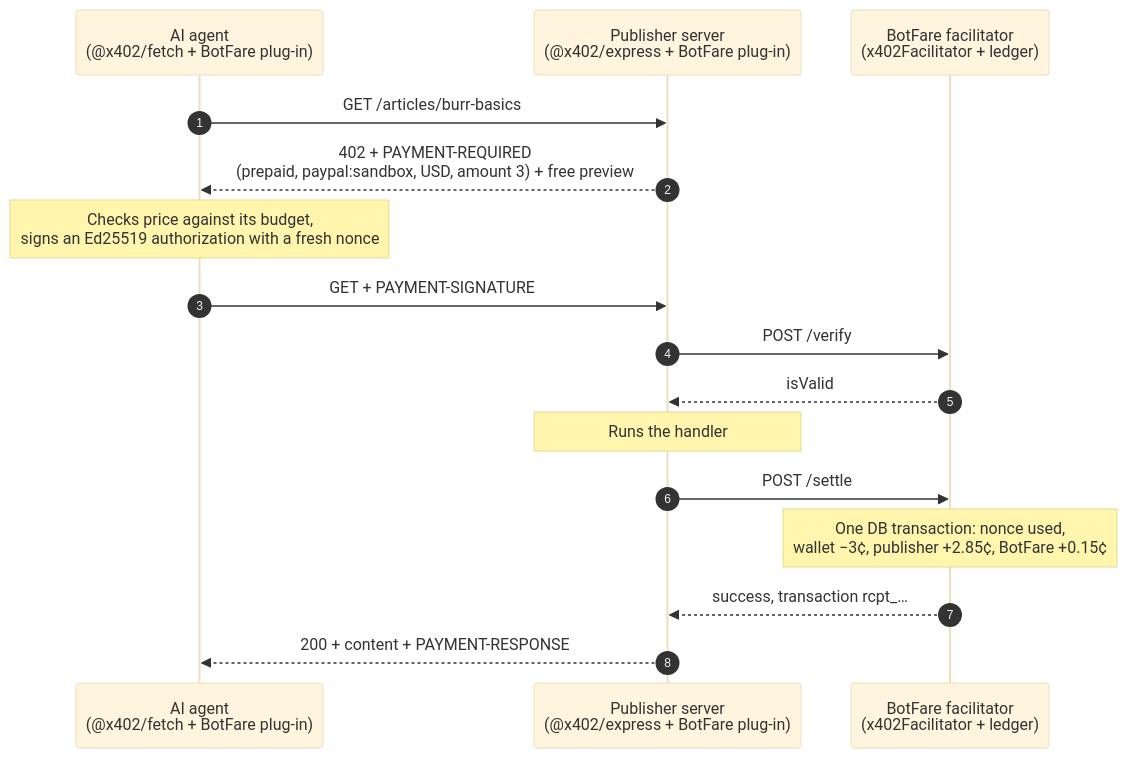
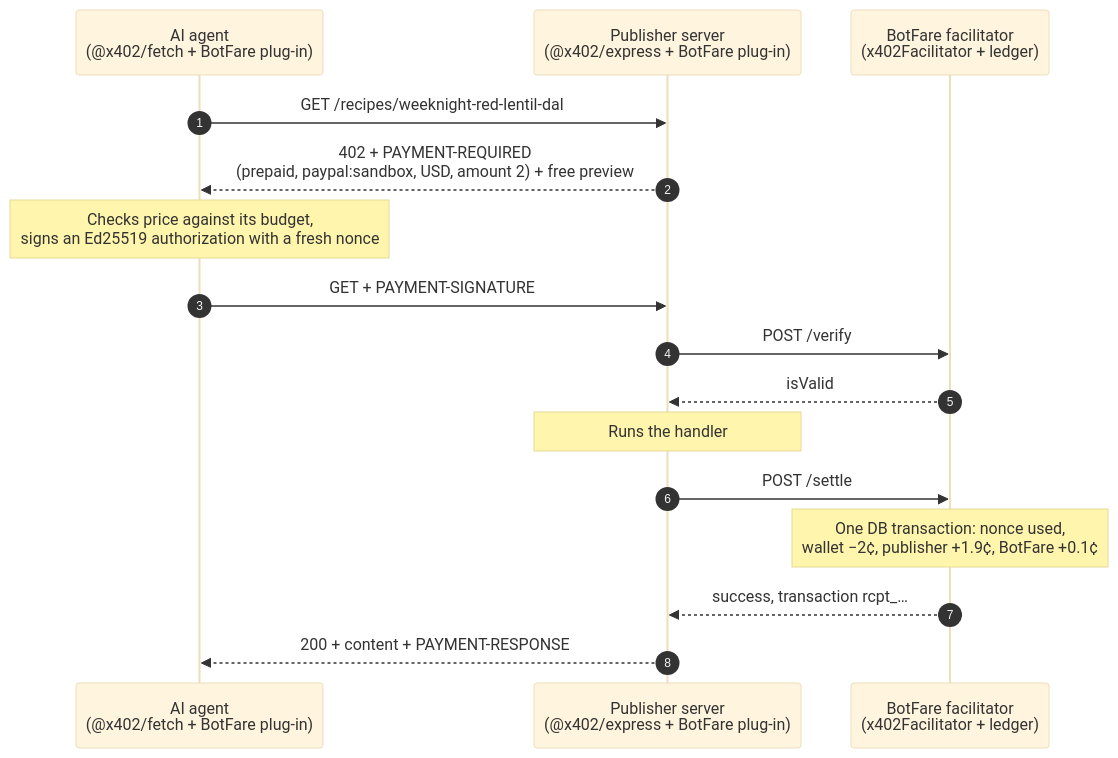
Before and after one commit to Sajjad21990/botfare: the first of 2 diagrams in README.md, drawn with Mermaid (base theme). The commit also changed other lines of this file and 84 other files, not shown here.

````diff
--- a/README.md
+++ b/README.md
@@ -74,18 +74,18 @@
 ```mermaid
 sequenceDiagram
     autonumber
     participant A as AI agent<br/>(@x402/fetch + BotFare plug-in)
     participant P as Publisher server<br/>(@x402/express + BotFare plug-in)
     participant F as BotFare facilitator<br/>(x402Facilitator + ledger)
-    A->>P: GET /articles/burr-basics
-    P-->>A: 402 + PAYMENT-REQUIRED<br/>(prepaid, paypal:sandbox, USD, amount 3) + free preview
+    A->>P: GET /recipes/weeknight-red-lentil-dal
+    P-->>A: 402 + PAYMENT-REQUIRED<br/>(prepaid, paypal:sandbox, USD, amount 2) + free preview
     Note over A: Checks price against its budget,<br/>signs an Ed25519 authorization with a fresh nonce
     A->>P: GET + PAYMENT-SIGNATURE
     P->>F: POST /verify
     F-->>P: isValid
     Note over P: Runs the handler
     P->>F: POST /settle
-    Note over F: One DB transaction: nonce used,<br/>wallet −3¢, publisher +2.85¢, BotFare +0.15¢
+    Note over F: One DB transaction: nonce used,<br/>wallet −2¢, publisher +1.9¢, BotFare +0.1¢
     F-->>P: success, transaction rcpt_…
     P-->>A: 200 + content + PAYMENT-RESPONSE
 ```
````
